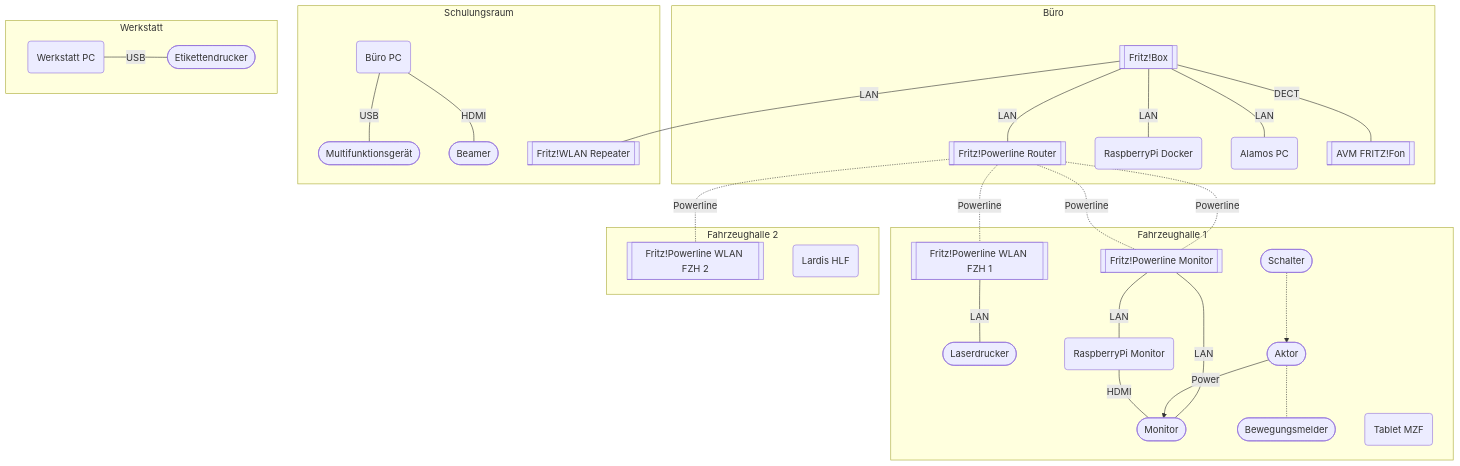
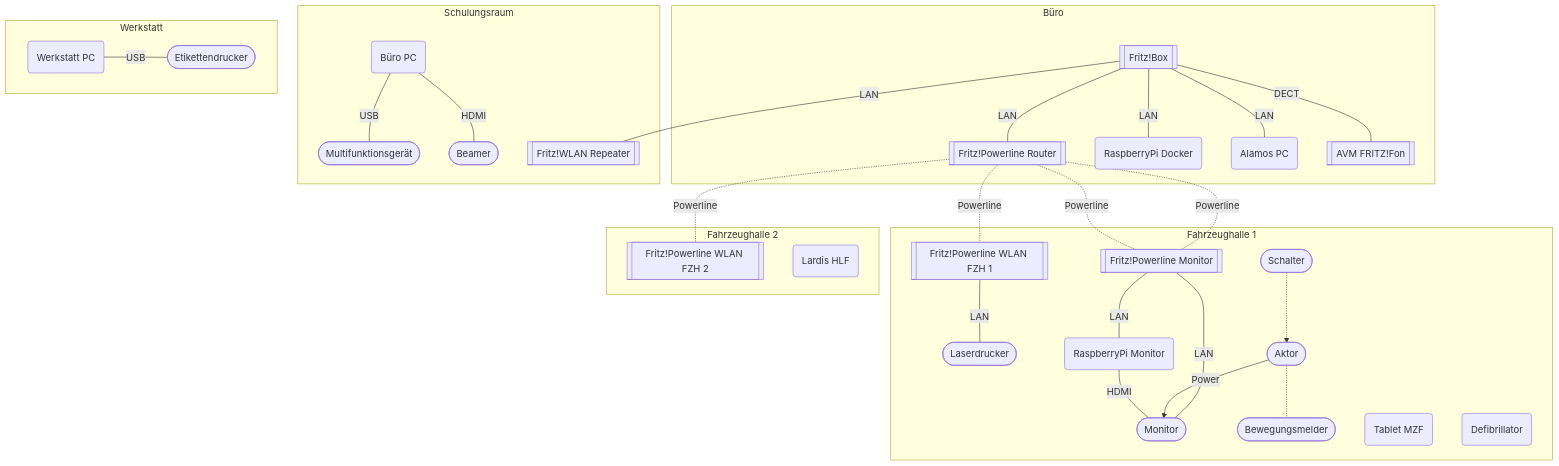
The diagram in docs/Dokumentation/Hardware/index.md (FFW-Baudenbach/FE2_Documentation), drawn with Mermaid before and after one commit.

Commit message:
Added Defi

````diff
--- a/docs/Dokumentation/Hardware/index.md
+++ b/docs/Dokumentation/Hardware/index.md
@@ -12,71 +12,72 @@
 ```mermaid
 graph TD
 
     subgraph buero[Büro]
         router[[Fritz!Box]]
         pwl-rt[[Fritz!Powerline Router]]
         rpidoc(RaspberryPi Docker)
         fe2pc(Alamos PC)
         phone[[AVM FRITZ!Fon]]
         
         router---|LAN|pwl-rt
         router---|LAN|rpidoc
         router---|LAN|fe2pc
         router---|DECT|phone
     end
     
     subgraph schulungsraum[Schulungsraum]
         bueropc(Büro PC)
         copier([Multifunktionsgerät])
         beamer([Beamer])
         wlanrep[[Fritz!WLAN Repeater]]
         router---|LAN|wlanrep
         
         bueropc---|USB|copier
         bueropc---|HDMI|beamer
     end
     
     subgraph werkstatt[Werkstatt]
         fmpc(Werkstatt PC)
         labelprinter([Etikettendrucker])
         
         fmpc---|USB|labelprinter
     end
     
     subgraph fzh1[Fahrzeughalle 1]
         pwl-fzh1[["Fritz!Powerline WLAN FZH&nbsp;1"]]
         pwl-mon[[Fritz!Powerline Monitor]]
         printer([Laserdrucker])
         monitor([Monitor])
         actor([Aktor])
         motion([Bewegungsmelder])
         plug([Schalter])
         rpimon(RaspberryPi Monitor)
         tablet(Tablet MZF)
+        defi(Defibrillator)
 
        %% router---pwl-fzh1
        %% router---pwl-fzh2
        %% router---pwl-mon
 
         pwl-fzh1---|LAN|printer
         
         pwl-mon---|LAN|monitor
         pwl-mon---|LAN|rpimon
         
         plug-.->actor--Power-->monitor
         rpimon---|HDMI|monitor
         actor-.-motion
 
     end
     
     subgraph fzh2[Fahrzeughalle 2]
         pwl-fzh2[["Fritz!Powerline WLAN FZH&nbsp;2"]]
         lardis-hlf(Lardis HLF)
     end
     
     pwl-rt-.-|Powerline|pwl-mon
     pwl-rt-.-|Powerline|pwl-fzh1
     pwl-rt-.-|Powerline|pwl-fzh2
     pwl-rt-.-|Powerline|pwl-mon
     
 ```
````
